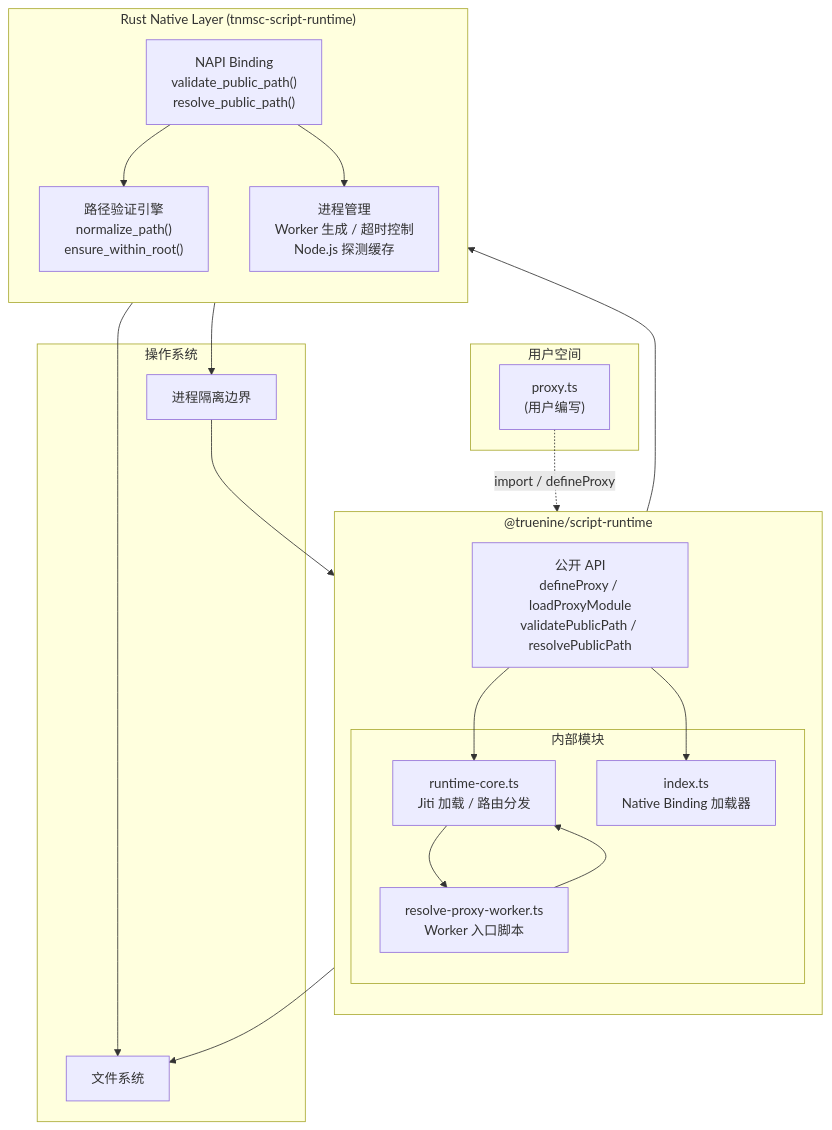
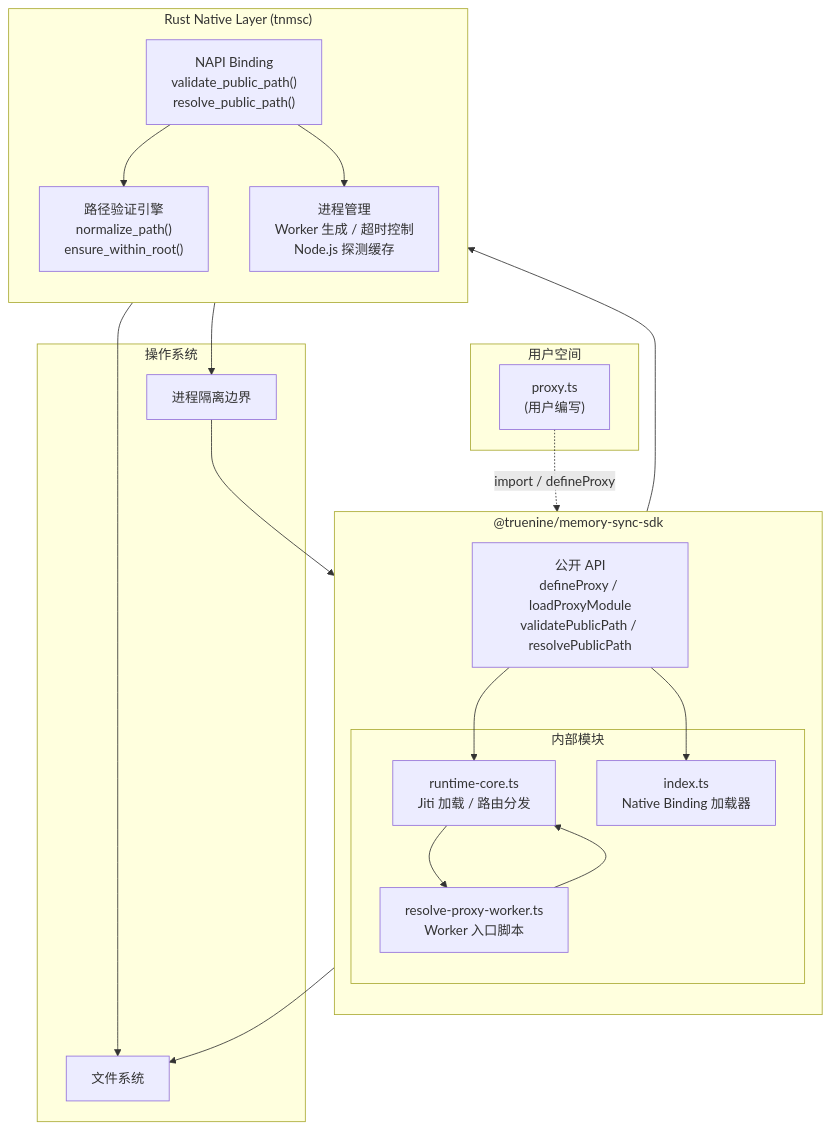
Before and after one commit to TrueNine/memory-sync: the sixth of 6 diagrams in doc/content/sdk/script-runtime/index.mdx, drawn with Mermaid. The commit also changed other lines of this file and 188 other files, not shown here.

````diff
--- a/doc/content/sdk/script-runtime/index.mdx
+++ b/doc/content/sdk/script-runtime/index.mdx
@@ -988,42 +988,42 @@
 ```mermaid
 graph TB
     subgraph Userland["用户空间"]
         ProxyTS["proxy.ts<br/>(用户编写)"]
     end
 
-    subgraph ScriptRuntimeAPI["@truenine/script-runtime"]
+    subgraph ScriptRuntimeAPI["@truenine/memory-sync-sdk"]
         direction TB
         PublicAPI["公开 API<br/>defineProxy / loadProxyModule<br/>validatePublicPath / resolvePublicPath"]
 
         subgraph Internal["内部模块"]
             Core["runtime-core.ts<br/>Jiti 加载 / 路由分发"]
             WorkerEntry["resolve-proxy-worker.ts<br/>Worker 入口脚本"]
             BindingLoader["index.ts<br/>Native Binding 加载器"]
         end
     end
 
-    subgraph NativeLayer["Rust Native Layer (tnmsc-script-runtime)"]
+    subgraph NativeLayer["Rust Native Layer (tnmsc)"]
         direction TB
         NAPIExport["NAPI Binding<br/>validate_public_path()<br/>resolve_public_path()"]
         PathValidator["路径验证引擎<br/>normalize_path()<br/>ensure_within_root()"]
         ProcessManager["进程管理<br/>Worker 生成 / 超时控制<br/>Node.js 探测缓存"]
     end
 
     subgraph OS["操作系统"]
         FileSystem["文件系统"]
         ProcessIsolation["进程隔离边界"]
     end
 
     ProxyTS -.->|"import / defineProxy"| PublicAPI
     PublicAPI --> Core
     PublicAPI --> BindingLoader
     Core --> WorkerEntry
     BindingLoader --> NAPIExport
     WorkerEntry --> Core
     NAPIExport --> PathValidator
     NAPIExport --> ProcessManager
     ProcessManager --> ProcessIsolation
     ProcessIsolation --> WorkerEntry
     PathValidator --> FileSystem
     Core --> FileSystem
 ```
````
